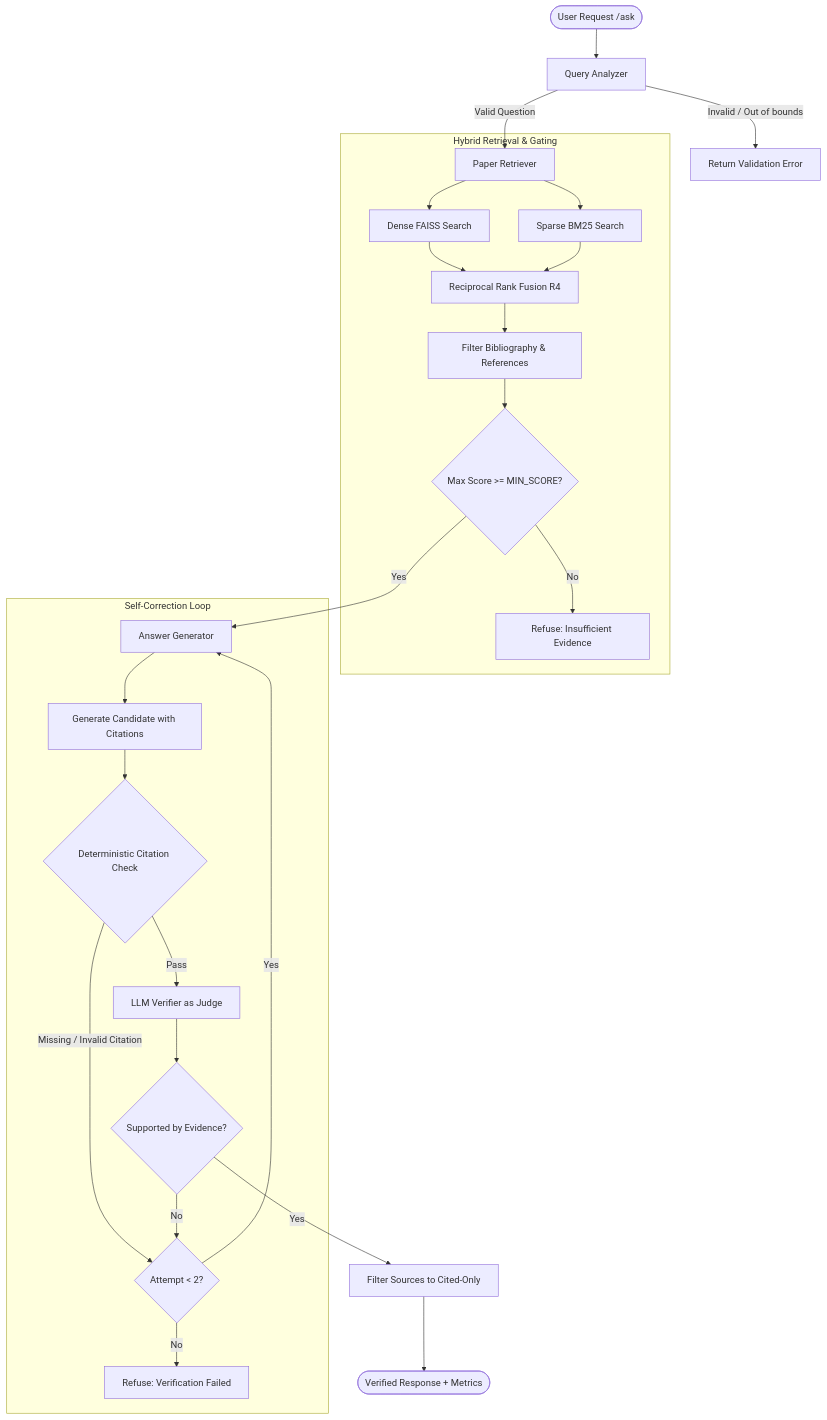
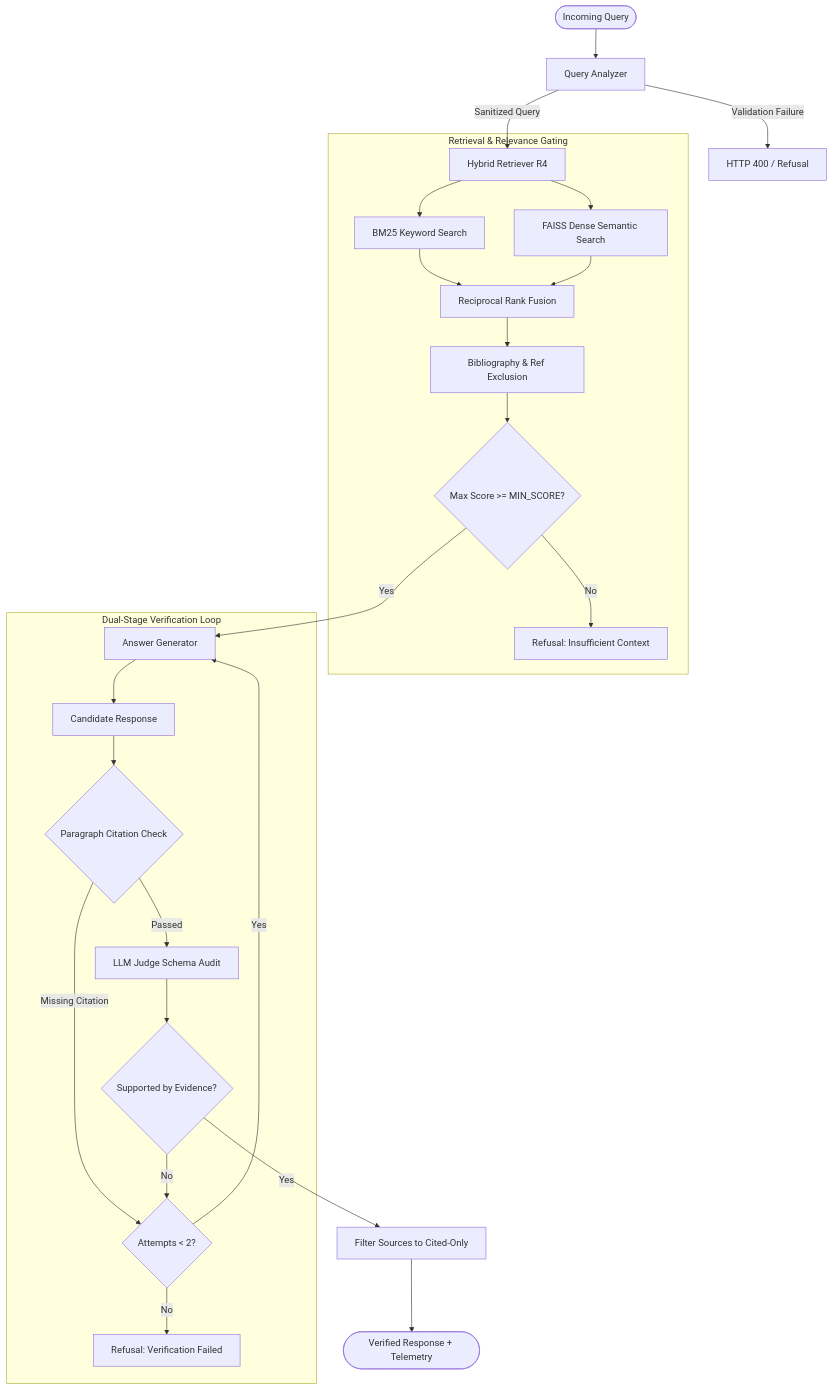
The first of 2 diagrams in README.md (CYBERCONQUEROR/The-Relay), drawn with Mermaid before and after one commit. The commit also changed other lines of this file and 2 other files, not shown here.

````diff
--- a/README.md
+++ b/README.md
@@ -68,31 +139,32 @@
 ```mermaid
 flowchart TD
-    User([User Request /ask]) --> QA[Query Analyzer]
-    QA -->|Invalid / Out of bounds| RefuseInvalid[Return Validation Error]
-    QA -->|Valid Question| PR[Paper Retriever]
+    UserQuery([Incoming Query]) --> QueryAnalyzer[Query Analyzer]
     
-    subgraph RetrievalStage [Hybrid Retrieval & Gating]
-        PR --> FAISS[Dense FAISS Search]
-        PR --> BM25[Sparse BM25 Search]
-        FAISS & BM25 --> RRF[Reciprocal Rank Fusion R4]
-        RRF --> RefFilter[Filter Bibliography & References]
-        RefFilter --> ScoreGate{Max Score >= MIN_SCORE?}
-        ScoreGate -->|No| RefuseNoEvidence[Refuse: Insufficient Evidence]
+    QueryAnalyzer -->|Validation Failure| RefuseInvalid[HTTP 400 / Refusal]
+    QueryAnalyzer -->|Sanitized Query| Retriever[Hybrid Retriever R4]
+    
+    subgraph RetrievalLayer [Retrieval & Relevance Gating]
+        Retriever --> BM25Search[BM25 Keyword Search]
+        Retriever --> FAISSSearch[FAISS Dense Semantic Search]
+        BM25Search & FAISSSearch --> RRF[Reciprocal Rank Fusion]
+        RRF --> RefFilter[Bibliography & Ref Exclusion]
+        RefFilter --> RelevanceGate{Max Score >= MIN_SCORE?}
+        RelevanceGate -->|No| RefuseNoEvidence[Refusal: Insufficient Context]
     end
 
-    ScoreGate -->|Yes| AG[Answer Generator]
-
-    subgraph GenerationAndVerification [Self-Correction Loop]
-        AG --> Candidate[Generate Candidate with Citations]
-        Candidate --> DetCheck{Deterministic Citation Check}
-        DetCheck -->|Missing / Invalid Citation| RetryGate{Attempt < 2?}
-        DetCheck -->|Pass| LLMJudge[LLM Verifier as Judge]
-        LLMJudge --> Verdict{Supported by Evidence?}
-        Verdict -->|No| RetryGate
-        RetryGate -->|Yes| AG
-        RetryGate -->|No| RefuseVerification[Refuse: Verification Failed]
+    RelevanceGate -->|Yes| Generator[Answer Generator]
+    
+    subgraph VerificationEngine [Dual-Stage Verification Loop]
+        Generator --> CandidateAnswer[Candidate Response]
+        CandidateAnswer --> RegexCheck{Paragraph Citation Check}
+        RegexCheck -->|Missing Citation| AttemptCheck{Attempts < 2?}
+        RegexCheck -->|Passed| LLMVerifier[LLM Judge Schema Audit]
+        LLMVerifier --> Verdict{Supported by Evidence?}
+        Verdict -->|No| AttemptCheck
+        AttemptCheck -->|Yes| Generator
+        AttemptCheck -->|No| RefuseUnverified[Refusal: Verification Failed]
     end
 
     Verdict -->|Yes| FilterSources[Filter Sources to Cited-Only]
-    FilterSources --> Output([Verified Response + Metrics])
+    FilterSources --> VerifiedOutput([Verified Response + Telemetry])
 ```
````
